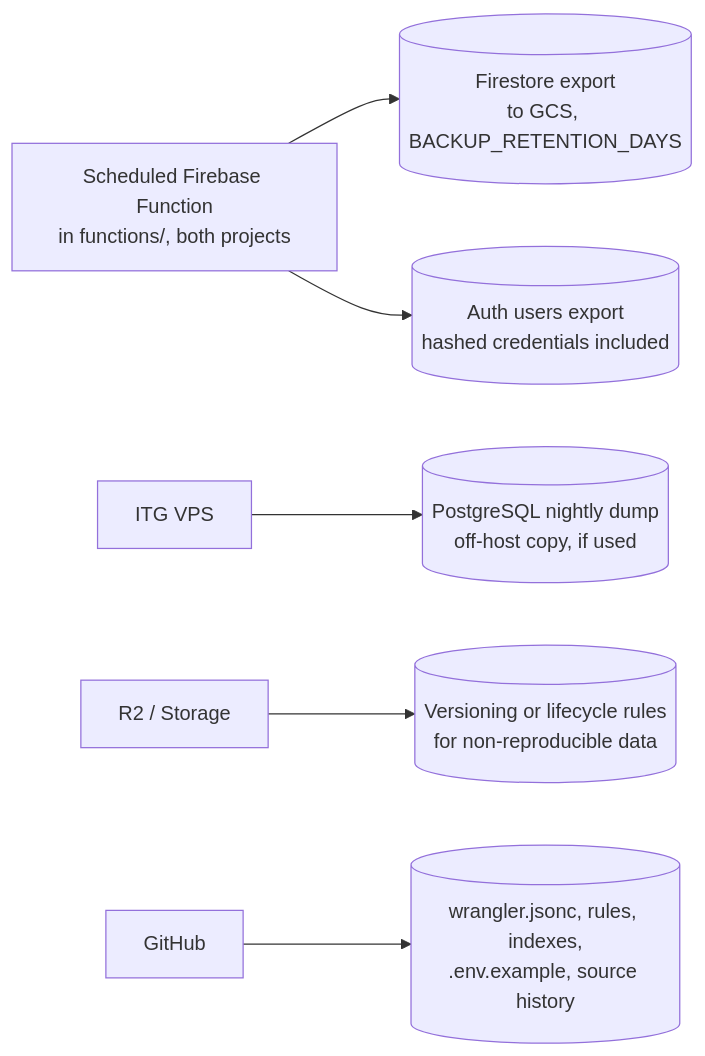
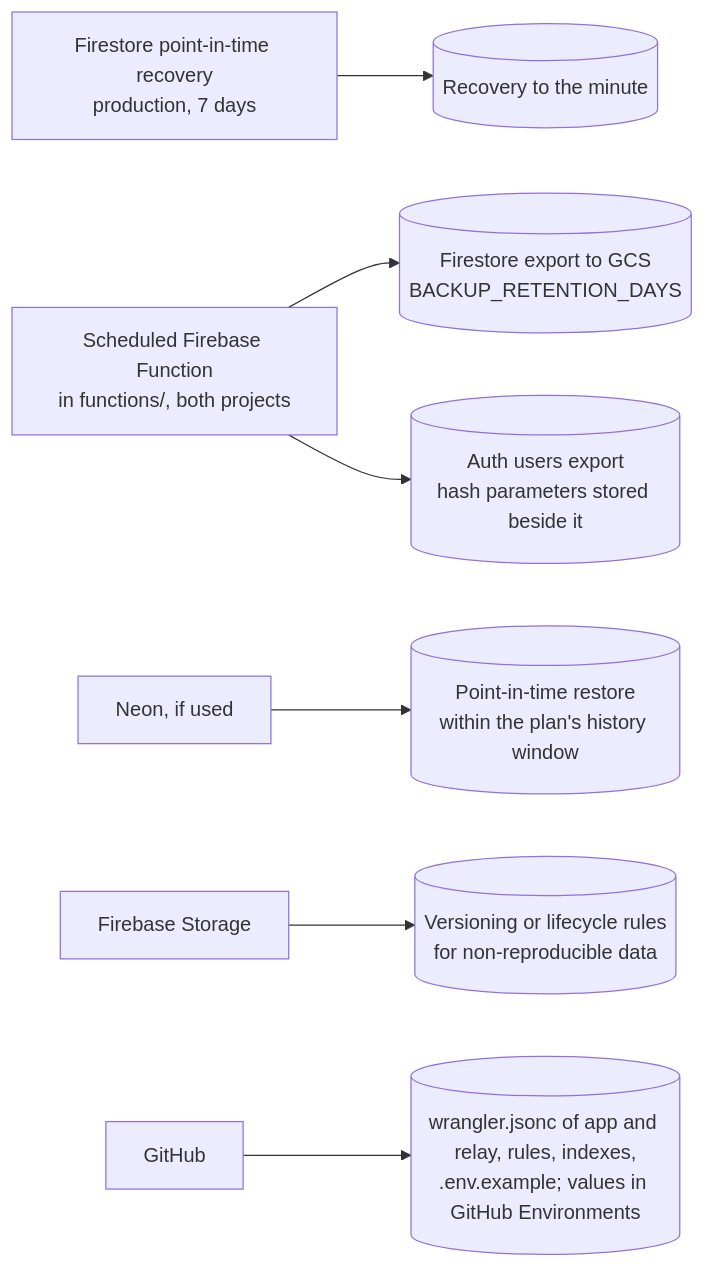
One commit to Improve-To-Grow/MUSUBI changed the second of 2 diagrams in src/templates/shared/steering/rules/itg/operations.md. Above: the diagram before and after it, drawn with Mermaid. The commit also changed other lines of this file and 57 other files, not shown here.

````diff
--- a/src/templates/shared/steering/rules/itg/operations.md
+++ b/src/templates/shared/steering/rules/itg/operations.md
@@ -39,8 +42,9 @@
 ```mermaid
 flowchart LR
-    FN[Scheduled Firebase Function<br/>in functions/, both projects] --> FS[(Firestore export<br/>to GCS, BACKUP_RETENTION_DAYS)]
-    FN --> AU[(Auth users export<br/>hashed credentials included)]
-    VPS[ITG VPS] --> PGD[(PostgreSQL nightly dump<br/>off-host copy, if used)]
-    R2[R2 / Storage] --> VERS[(Versioning or lifecycle rules<br/>for non-reproducible data)]
-    GIT[GitHub] --> CFG[(wrangler.jsonc, rules, indexes,<br/>.env.example, source history)]
+    PITR[Firestore point-in-time recovery<br/>production, 7 days] --> FSR[(Recovery to the minute)]
+    FN[Scheduled Firebase Function<br/>in functions/, both projects] --> FS[(Firestore export to GCS<br/>BACKUP_RETENTION_DAYS)]
+    FN --> AU[(Auth users export<br/>hash parameters stored beside it)]
+    NEON[Neon, if used] --> PGR[(Point-in-time restore<br/>within the plan's history window)]
+    ST[Firebase Storage] --> VERS[(Versioning or lifecycle rules<br/>for non-reproducible data)]
+    GIT[GitHub] --> CFG[(wrangler.jsonc of app and relay, rules, indexes,<br/>.env.example; values in GitHub Environments)]
 ```
````
